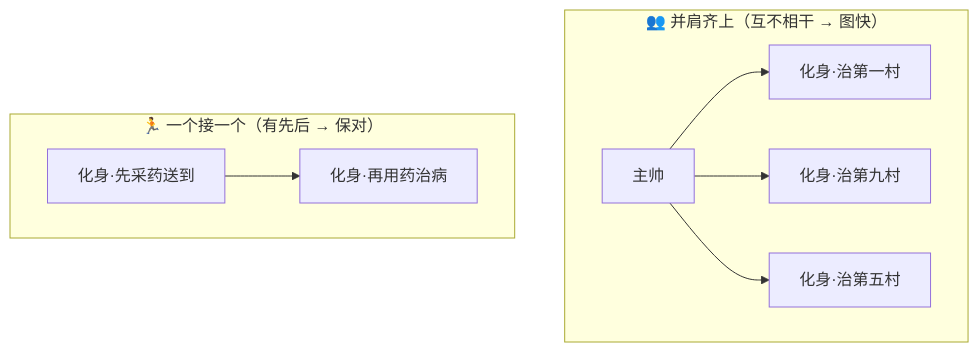
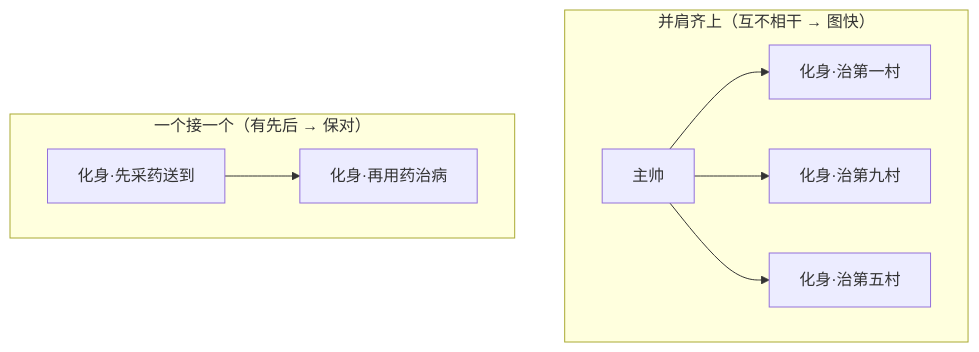
One commit to luckykhy/KhyAiHub changed the third of 3 diagrams in docs/09_STORY_修仙学AI/STORY-番外/[STORY-番外-106] 番外07·万化调兵·分身有主.md. Above: the diagram before and after it, drawn with Mermaid. The commit also changed other lines of this file and 19 other files, not shown here.

````diff
--- a/docs/09_STORY_修仙学AI/STORY-番外/[STORY-番外-106] 番外07·万化调兵·分身有主.md
+++ b/docs/09_STORY_修仙学AI/STORY-番外/[STORY-番外-106] 番外07·万化调兵·分身有主.md
@@ -128,11 +128,11 @@
 ```mermaid
 flowchart TB
-  subgraph 并肩["👥 并肩齐上（互不相干 → 图快）"]
+  subgraph 并肩["并肩齐上（互不相干 → 图快）"]
     P0["主帅"] --> P1["化身·治第一村"]
     P0 --> P2["化身·治第九村"]
     P0 --> P3["化身·治第五村"]
   end
-  subgraph 接力["🏃 一个接一个（有先后 → 保对）"]
+  subgraph 接力["一个接一个（有先后 → 保对）"]
     Q1["化身·先采药送到"] --> Q2["化身·再用药治病"]
   end
 ```
````
